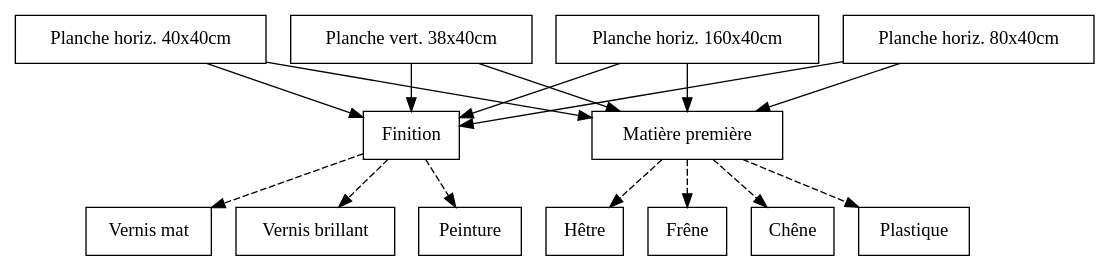
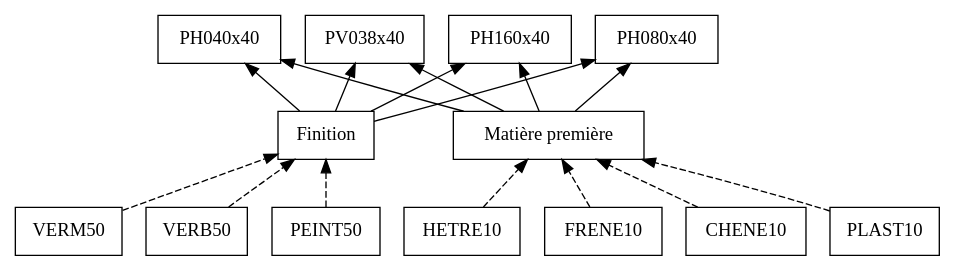
Before and after one commit to padenot/OGP: the diagram in nomenclature/src/planches.dot, drawn with Graphviz. The commit also changed other lines of this file and 10 other files, not shown here.

```diff
--- a/nomenclature/src/planches.dot
+++ b/nomenclature/src/planches.dot
@@ -1,44 +1,45 @@
 digraph
 {
+	rankdir=BT
 // Noeuds --------------------------------------------------
 	node[shape=box]
 
 	// Planches
-	plancheT3 [label="Planche horiz. 160x40cm"]
-	plancheT2 [label="Planche horiz. 80x40cm"]
-	plancheT1 [label="Planche horiz. 40x40cm"]
-	plancheT0 [label="Planche vert. 38x40cm"]
+	PH160x40 //[label="Planche horizontale 160x40cm"]
+	PH080x40 //[label="Planche horizontale 80x40cm"]
+	PH040x40 //[label="Planche horizontale 40x40cm"]
+	PV038x40 //[label="Planche verticale 38x40cm"]
 
 	// Variantes
 	finition [label="Finition"]
-	vernisMat [label="Vernis mat"]
-	vernisBrillant [label="Vernis brillant"]
-	peinture [label="Peinture"]
+	VERM50 //[label="Vernis mat"]
+	VERB50 //[label="Vernis brillant"]
+	PEINT50 //[label="Peinture"]
 
 	mp [label="Matière première"]
-	mpPlastique [label="Plastique"]
-	mpHetre [label="Hêtre"]
-	mpFrene [label="Frêne"]
-	mpChene [label="Chêne"]
+	PLAST10 //[label="Plastique"]
+	HETRE10 //[label="Hêtre"]
+	FRENE10 //[label="Frêne"]
+	CHENE10 //[label="Chêne"]
 
 // Arcs --------------------------------------------------
 	// Planches
-	plancheT0 -> mp
-	plancheT0 -> finition
-	plancheT1 -> mp
-	plancheT1 -> finition
-	plancheT2 -> mp
-	plancheT2 -> finition
-	plancheT3 -> mp
-	plancheT3 -> finition
+	mp -> PV038x40
+	finition -> PV038x40
+	mp -> PH040x40
+	finition -> PH040x40
+	mp -> PH080x40
+	finition -> PH080x40
+	mp -> PH160x40
+	finition -> PH160x40
 
 	// Variantes 
-	finition -> vernisMat [style=dashed]
-	finition -> vernisBrillant [style=dashed]
-	finition -> peinture [style=dashed]
+	VERM50 -> finition [style=dashed]
+	VERB50 -> finition [style=dashed]
+	PEINT50 -> finition [style=dashed]
 
-	mp -> mpPlastique [style=dashed]
-	mp -> mpHetre [style=dashed]
-	mp -> mpFrene [style=dashed]
-	mp -> mpChene [style=dashed]
+	PLAST10 -> mp [style=dashed]
+	HETRE10 -> mp [style=dashed]
+	FRENE10 -> mp [style=dashed]
+	CHENE10 -> mp [style=dashed]
 }
```
